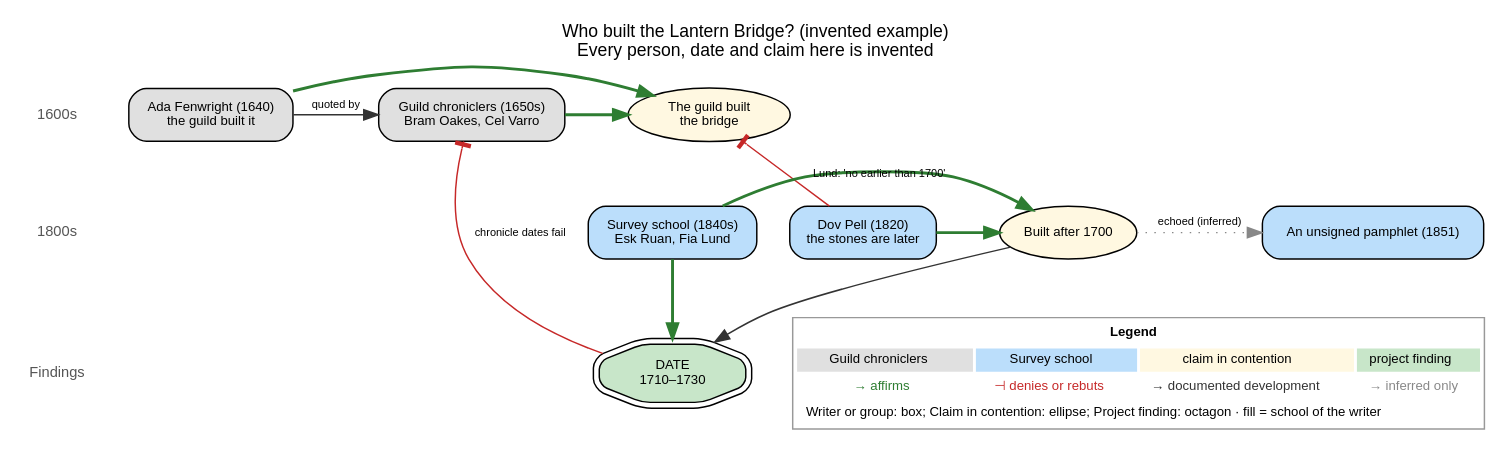
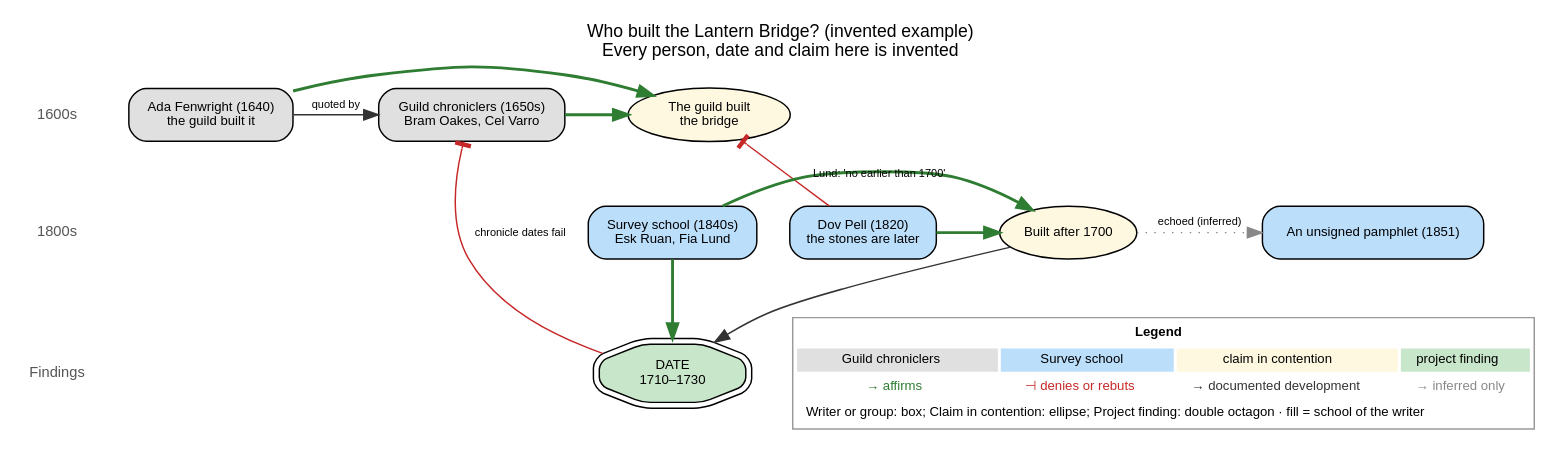
One commit to jlcatonjr/researchteam changed the diagram in templates/concept-map/example/map.dot. Above: the diagram before and after it, drawn with Graphviz. The commit also changed 8 other files, not shown here.

```diff
--- a/templates/concept-map/example/map.dot
+++ b/templates/concept-map/example/map.dot
@@ -1,40 +1,40 @@
 // Generated by researchteam-concept-map-exporter 1.0 from the map spec 'lantern-bridge-example'. Do not edit; edit the spec and rebuild.
 digraph "lantern-bridge-example" {
   graph [rankdir=TB, newrank=true, fontname="Helvetica", fontsize=12, nodesep=0.3, ranksep=0.5, label="Who built the Lantern Bridge? (invented example)\nEvery person, date and claim here is invented", labelloc=t];
   node [shape=box, style="rounded,filled", fillcolor=white, fontname="Helvetica", fontsize=9, margin="0.08,0.04"];
   edge [fontname="Helvetica", fontsize=7.5, color="#333333"];
   // bands
   node [shape=plaintext, style="", fontsize=10, fontcolor="#555555"];
   "b1" [id="b1", label="1600s"];
   "b2" [id="b2", label="1800s"];
   "bF" [id="bF", label="Findings"];
   "b1" -> "b2" -> "bF" [style=invis];
   node [shape=box, style="rounded,filled", fontsize=9, fontcolor=black];
   // band b1
   "ada" [id="ada", label="Ada Fenwright (1640)\nthe guild built it", fillcolor="#e0e0e0"];
   "chron" [id="chron", label="Guild chroniclers (1650s)\nBram Oakes, Cel Varro", fillcolor="#e0e0e0"];
   "C_guild" [id="C_guild", shape=ellipse, label="The guild built\nthe bridge", fillcolor="#fff8e1"];
   { rank=same; "b1"; "ada"; "chron"; "C_guild"; }
   // band b2
   "dov" [id="dov", label="Dov Pell (1820)\nthe stones are later", fillcolor="#bbdefb"];
   "survey" [id="survey", label="Survey school (1840s)\nEsk Ruan, Fia Lund", fillcolor="#bbdefb"];
   "anon" [id="anon", label="An unsigned pamphlet (1851)", fillcolor="#bbdefb"];
   "C_late" [id="C_late", shape=ellipse, label="Built after 1700", fillcolor="#fff8e1"];
   { rank=same; "b2"; "dov"; "survey"; "anon"; "C_late"; }
   // band bF
   "F_date" [id="F_date", shape=doubleoctagon, label="DATE\n1710–1730", fillcolor="#c8e6c9"];
   { rank=same; "bF"; "F_date"; }
-  legend [shape=plaintext, style="", label=<<TABLE BORDER="1" CELLBORDER="0" CELLSPACING="2" CELLPADDING="3" COLOR="#999999"><TR><TD COLSPAN="4"><B>Legend</B></TD></TR><TR><TD BGCOLOR="#e0e0e0">Guild chroniclers</TD><TD BGCOLOR="#bbdefb">Survey school</TD><TD BGCOLOR="#fff8e1">claim in contention</TD><TD BGCOLOR="#c8e6c9">project finding</TD></TR><TR><TD><FONT COLOR="#2e7d32">→ affirms</FONT></TD><TD><FONT COLOR="#c62828">⊣ denies or rebuts</FONT></TD><TD><FONT COLOR="#333333">→ documented development</FONT></TD><TD><FONT COLOR="#888888">→ inferred only</FONT></TD></TR><TR><TD COLSPAN="4">Writer or group: box; Claim in contention: ellipse; Project finding: octagon · fill = school of the writer</TD></TR></TABLE>>];
-  { rank=same; "bF"; legend; }
+  "__legend" [shape=plaintext, style="", label=<<TABLE BORDER="1" CELLBORDER="0" CELLSPACING="2" CELLPADDING="3" COLOR="#999999"><TR><TD COLSPAN="4"><B>Legend</B></TD></TR><TR><TD BGCOLOR="#e0e0e0">Guild chroniclers</TD><TD BGCOLOR="#bbdefb">Survey school</TD><TD BGCOLOR="#fff8e1">claim in contention</TD><TD BGCOLOR="#c8e6c9">project finding</TD></TR><TR><TD><FONT COLOR="#2e7d32">→ affirms</FONT></TD><TD><FONT COLOR="#c62828">⊣ denies or rebuts</FONT></TD><TD><FONT COLOR="#333333">→ documented development</FONT></TD><TD><FONT COLOR="#888888">→ inferred only</FONT></TD></TR><TR><TD COLSPAN="4">Writer or group: box; Claim in contention: ellipse; Project finding: double octagon · fill = school of the writer</TD></TR></TABLE>>];
+  { rank=same; "bF"; "__legend"; }
   // edges
   "ada" -> "C_guild" [id="e0", color="#2e7d32", penwidth=2];
   "chron" -> "C_guild" [id="e1", color="#2e7d32", penwidth=2];
   "ada" -> "chron" [id="e2", color="#333333", label="quoted by"];
   "dov" -> "C_guild" [id="e3", color="#c62828", arrowhead=tee];
   "dov" -> "C_late" [id="e4", color="#2e7d32", penwidth=2];
   "survey" -> "C_late" [id="e5", color="#2e7d32", penwidth=2, label="Lund: 'no earlier than 1700'"];
   "C_late" -> "anon" [id="e6", color="#888888", style=dotted, label="echoed (inferred)"];
   "C_late" -> "F_date" [id="e7", color="#333333"];
   "F_date" -> "chron" [id="e8", color="#c62828", arrowhead=tee, label="chronicle dates fail"];
   "survey" -> "F_date" [id="e9", color="#2e7d32", penwidth=2];
 }
```
